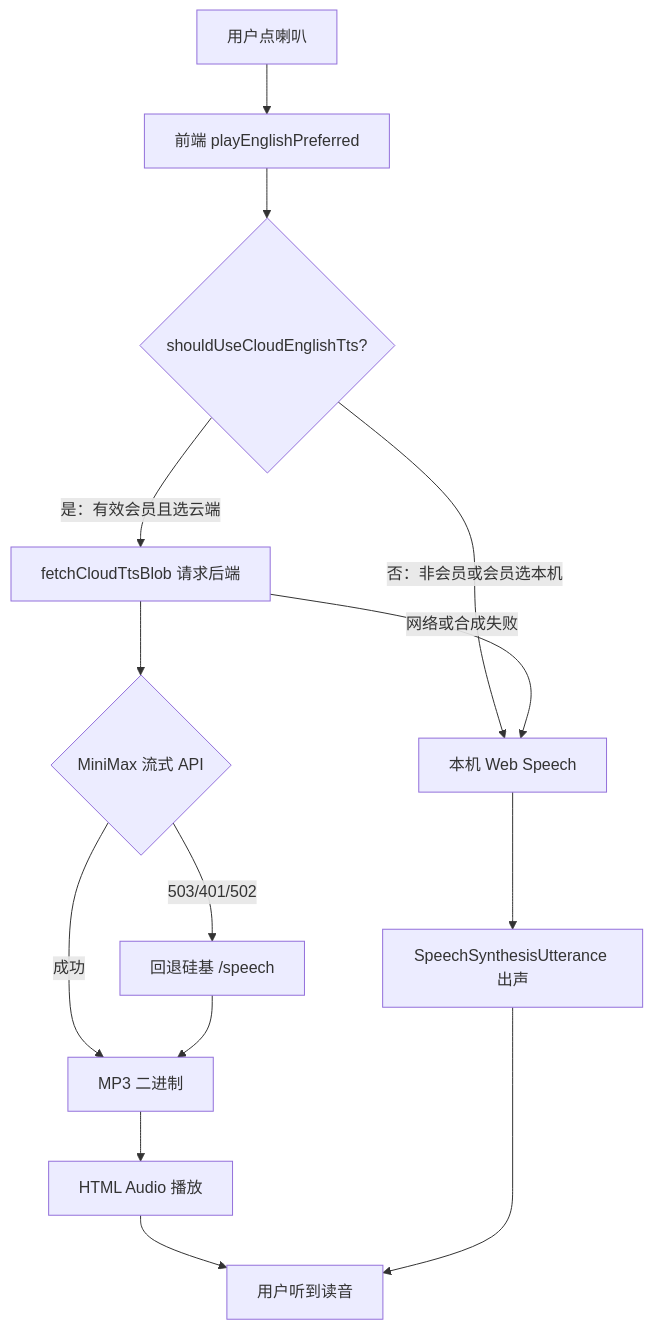
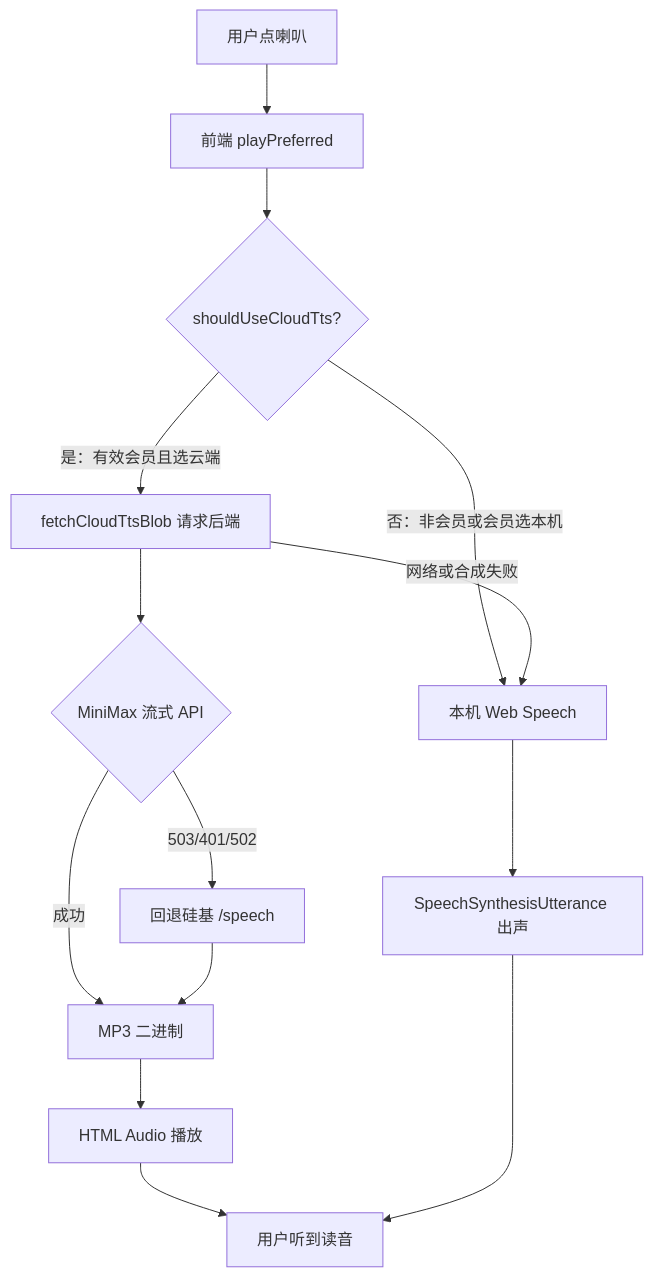
Before and after one commit to dnhyxc/dnhyxc-ai: the diagram in docs/english/tts-end-to-end-guide.md, drawn with Mermaid. The commit also changed other lines of this file and 111 other files, not shown here.

````diff
--- a/docs/english/tts-end-to-end-guide.md
+++ b/docs/english/tts-end-to-end-guide.md
@@ -28,16 +28,16 @@
 ```mermaid
 flowchart TD
-  A[用户点喇叭] --> B[前端 playEnglishPreferred]
-  B --> C{shouldUseCloudEnglishTts?}
+  A[用户点喇叭] --> B[前端 playPreferred]
+  B --> C{shouldUseCloudTts?}
   C -->|否：非会员或会员选本机| D[本机 Web Speech]
   C -->|是：有效会员且选云端| E[fetchCloudTtsBlob 请求后端]
   E --> F{MiniMax 流式 API}
   F -->|503/401/502| G[回退硅基 /speech]
   F -->|成功| H[MP3 二进制]
   G --> H
   H --> I[HTML Audio 播放]
   E -->|网络或合成失败| D
   D --> J[SpeechSynthesisUtterance 出声]
   I --> K[用户听到读音]
   J --> K
 ```
````
